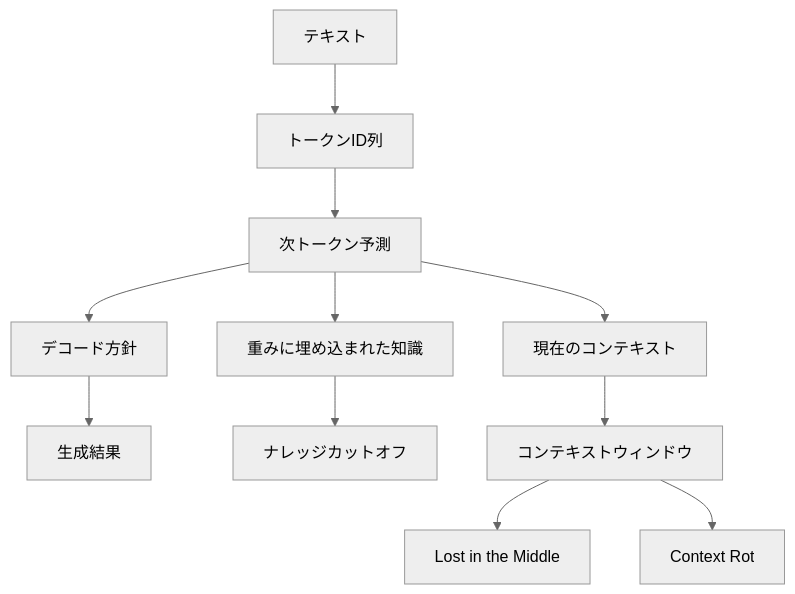
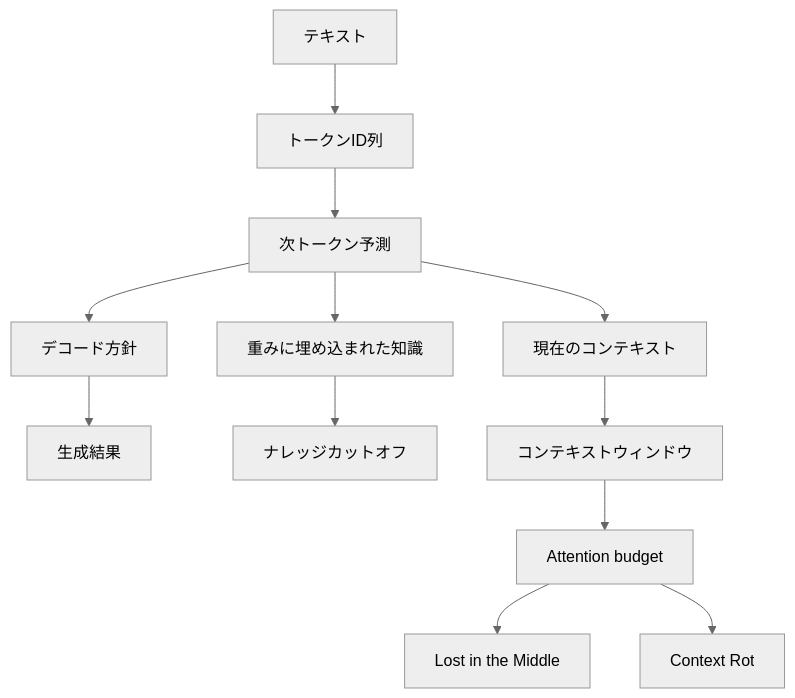
Before and after one commit to suwa-sh/zenn-contents: the diagram in articles/llm-seiri_20260822.md, drawn with Mermaid (neutral theme). The commit also changed other lines of this file, not shown here.

Commit message:
docs: add attention budget to LLM concepts article

````diff
--- a/articles/llm-seiri_20260822.md
+++ b/articles/llm-seiri_20260822.md
@@ -29,13 +29,14 @@
 ```mermaid
 flowchart TD
   text["テキスト"] --> tokens["トークンID列"]
   tokens --> predict["次トークン予測"]
   predict --> decode["デコード方針"]
   decode --> output["生成結果"]
   predict --> weights["重みに埋め込まれた知識"]
   weights --> cutoff["ナレッジカットオフ"]
   predict --> context["現在のコンテキスト"]
   context --> window["コンテキストウィンドウ"]
-  window --> position["Lost in the Middle"]
-  window --> length["Context Rot"]
+  window --> budget["Attention budget"]
+  budget --> position["Lost in the Middle"]
+  budget --> length["Context Rot"]
 ```
````
